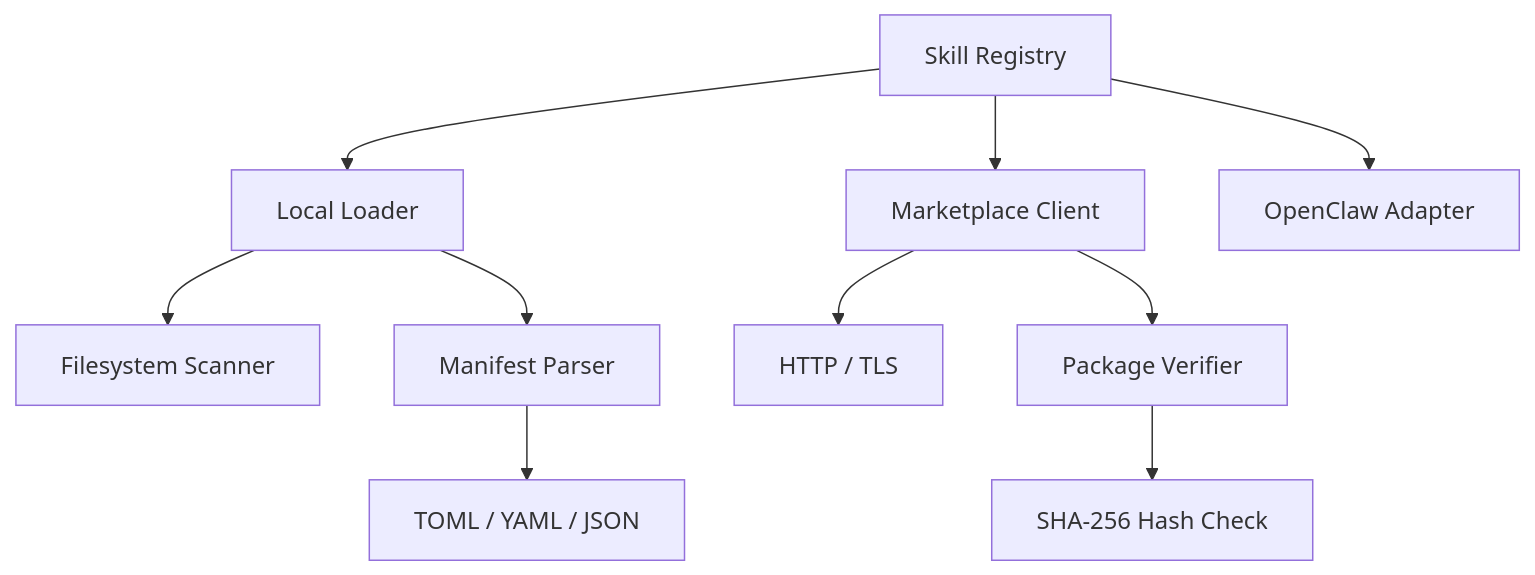
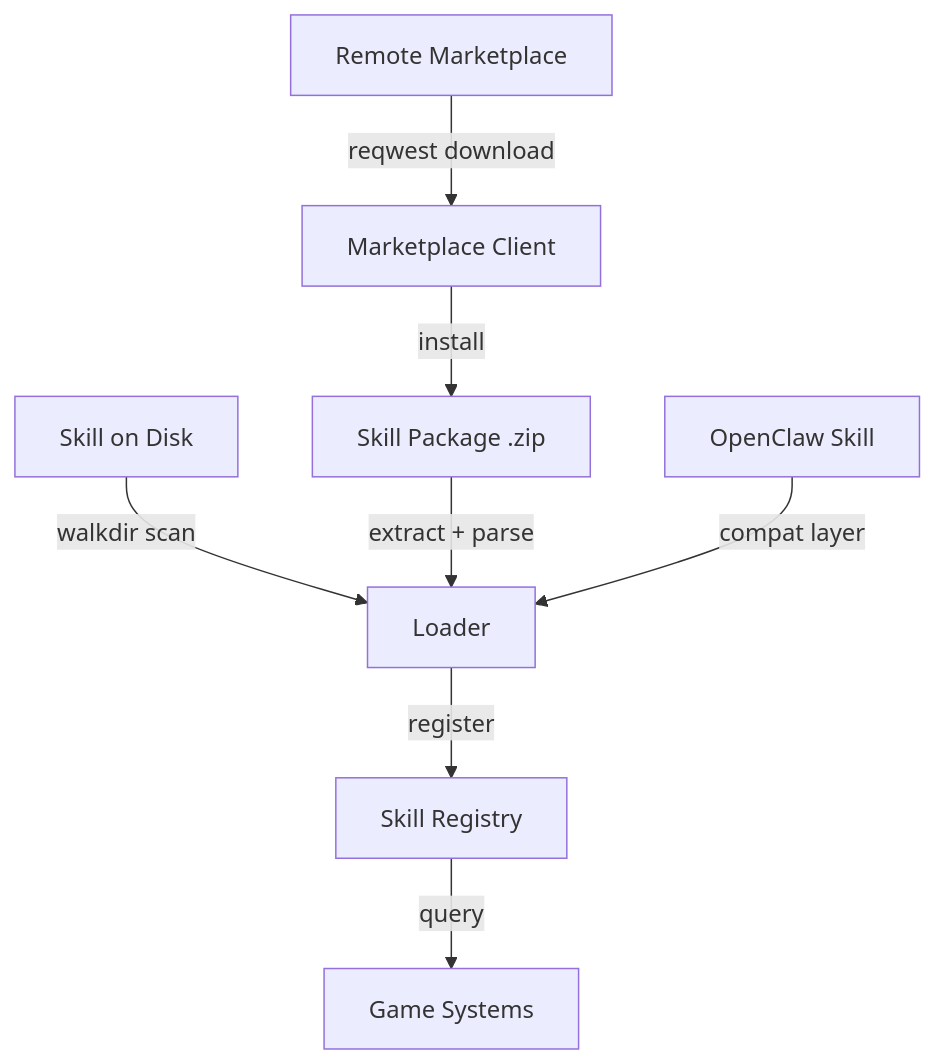
The diagram in other-librefang-skills.md (leszek3737/librefang-WIki), drawn with Mermaid before and after one commit. The commit also changed other lines of this file and 128 other files, not shown here.

````diff
--- a/other-librefang-skills.md
+++ b/other-librefang-skills.md
@@ -19,12 +19,10 @@
 ```mermaid
 graph TD
-    A[Skill Registry] --> B[Local Loader]
-    A --> C[Marketplace Client]
-    B --> D[Filesystem Scanner]
-    B --> E[Manifest Parser]
-    C --> F[HTTP / TLS]
-    C --> G[Package Verifier]
-    E --> H[TOML / YAML / JSON]
-    G --> I[SHA-256 Hash Check]
-    A --> J[OpenClaw Adapter]
+    A[Skill on Disk] -->|walkdir scan| B[Loader]
+    C[Skill Package .zip] -->|extract + parse| B
+    D[Remote Marketplace] -->|reqwest download| E[Marketplace Client]
+    E -->|install| C
+    B -->|register| F[Skill Registry]
+    F -->|query| G[Game Systems]
+    H[OpenClaw Skill] -->|compat layer| B
 ```
````
